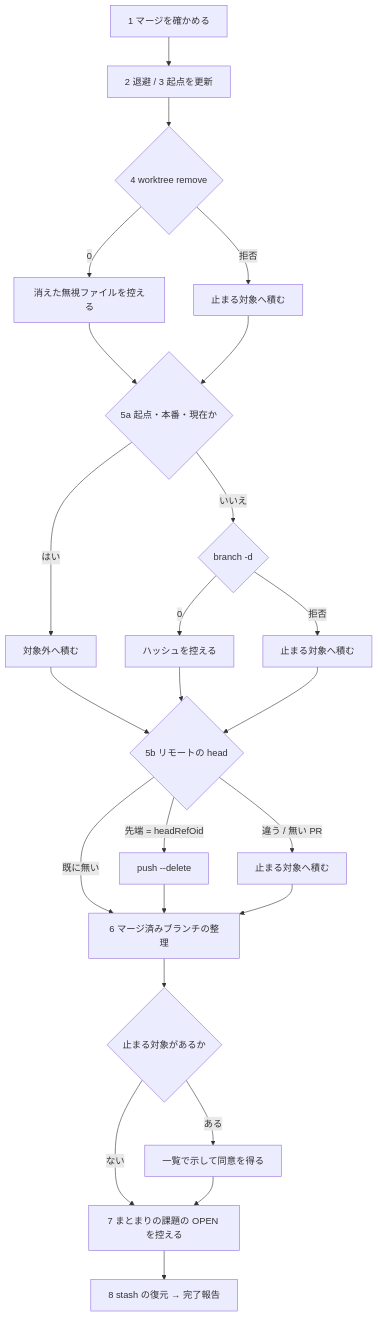
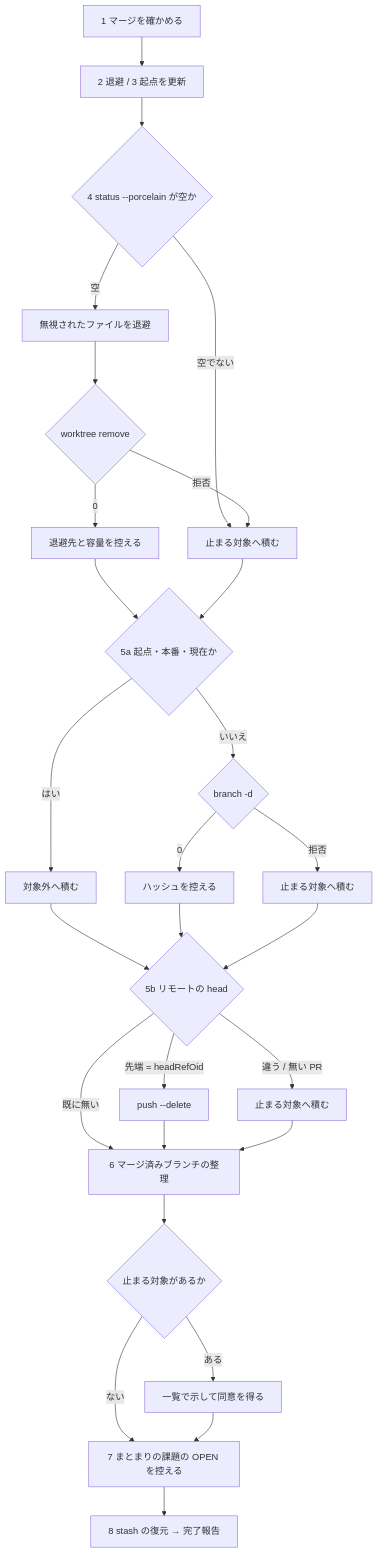
One commit to devbasex/ai-plugins changed the third of 5 diagrams in issues/issue-561-623-design.md. Above: the diagram before and after it, drawn with Mermaid. The commit also changed other lines of this file and 1 other file, not shown here.

````diff
--- a/issues/issue-561-623-design.md
+++ b/issues/issue-561-623-design.md
@@ -246,26 +267,29 @@
 ```mermaid
 flowchart TD
   A[1 マージを確かめる] --> B[2 退避 / 3 起点を更新]
-  B --> C{4 worktree remove}
-  C -->|0| C1[消えた無視ファイルを控える]
-  C -->|拒否| S[止まる対象へ積む]
+  B --> C0{4 status --porcelain が空か}
+  C0 -->|空でない| S[止まる対象へ積む]
+  C0 -->|空| CV[無視されたファイルを退避]
+  CV --> C{worktree remove}
+  C -->|0| C1[退避先と容量を控える]
+  C -->|拒否| S
   C1 --> D{5a 起点・本番・現在か}
   S --> D
   D -->|はい| X[対象外へ積む]
   D -->|いいえ| E{branch -d}
   E -->|0| E1[ハッシュを控える]
   E -->|拒否| S2[止まる対象へ積む]
   X --> F{5b リモートの head}
   E1 --> F
   S2 --> F
   F -->|先端 = headRefOid| F1[push --delete]
   F -->|違う / 無い PR| S3[止まる対象へ積む]
   F -->|既に無い| G
   F1 --> G[6 マージ済みブランチの整理]
   S3 --> G
   G --> H{止まる対象があるか}
   H -->|ある| Q[一覧で示して同意を得る]
   H -->|ない| I
   Q --> I[7 まとまりの課題の OPEN を控える]
   I --> J[8 stash の復元 → 完了報告]
 ```
````
